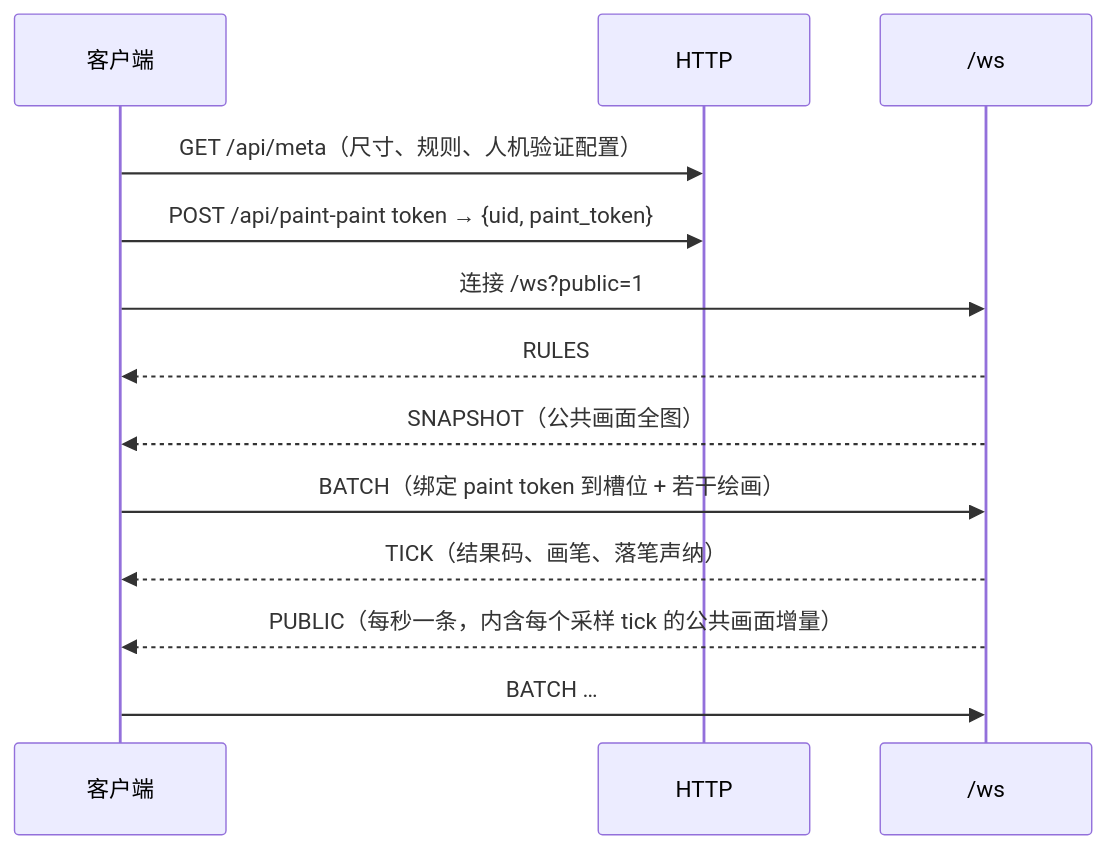
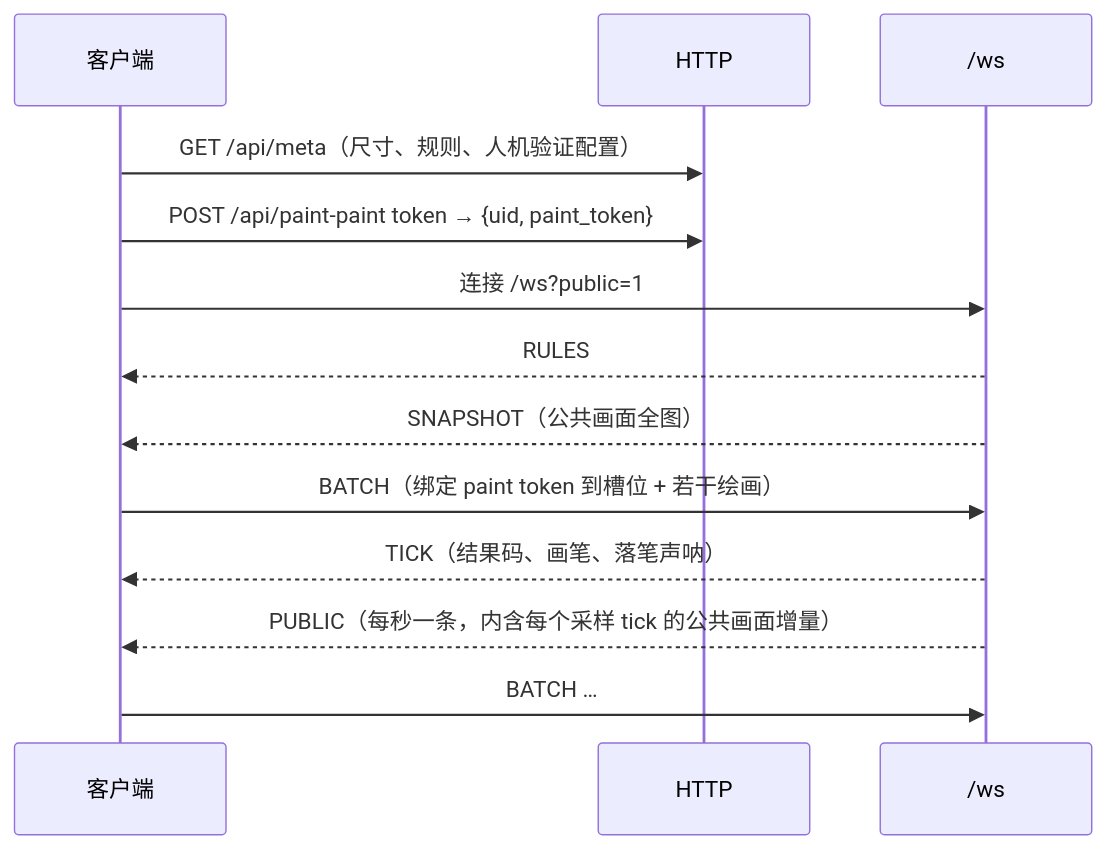
The diagram in docs/protocol.md (Ikaleio/ikapb), drawn with Mermaid before and after one commit. The commit also changed other lines of this file, not shown here.

````diff
--- a/docs/protocol.md
+++ b/docs/protocol.md
@@ -25,15 +25,15 @@
 ```mermaid
 sequenceDiagram
     participant C as 客户端
     participant H as HTTP
     participant W as /ws
     C->>H: GET /api/meta（尺寸、规则、人机验证配置）
     C->>H: POST /api/paint-paint token → {uid, paint_token}
     C->>W: 连接 /ws?public=1
     W-->>C: RULES
     W-->>C: SNAPSHOT（公共画面全图）
     C->>W: BATCH（绑定 paint token 到槽位 + 若干绘画）
-    W-->>C: TICK（结果码、画笔、落笔声纳）
+    W-->>C: TICK（结果码、画笔、落笔声呐）
     W-->>C: PUBLIC（每秒一条，内含每个采样 tick 的公共画面增量）
     C->>W: BATCH …
 ```
````
